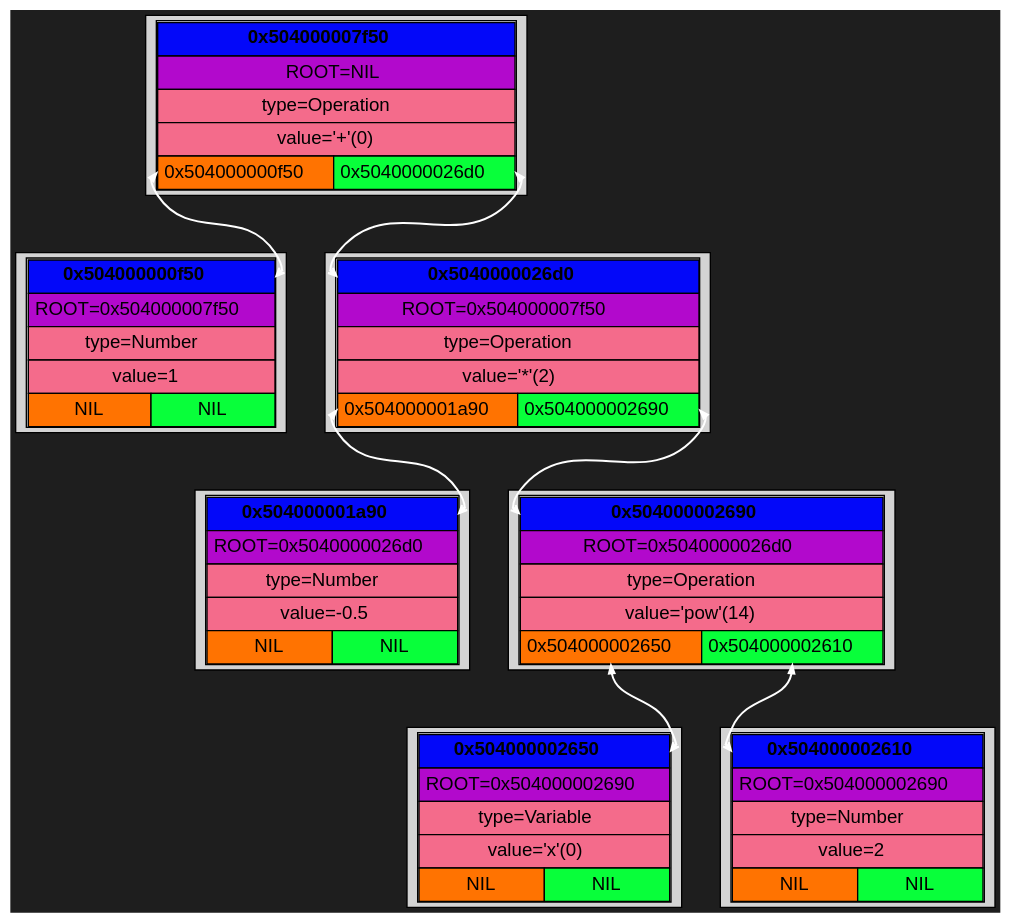
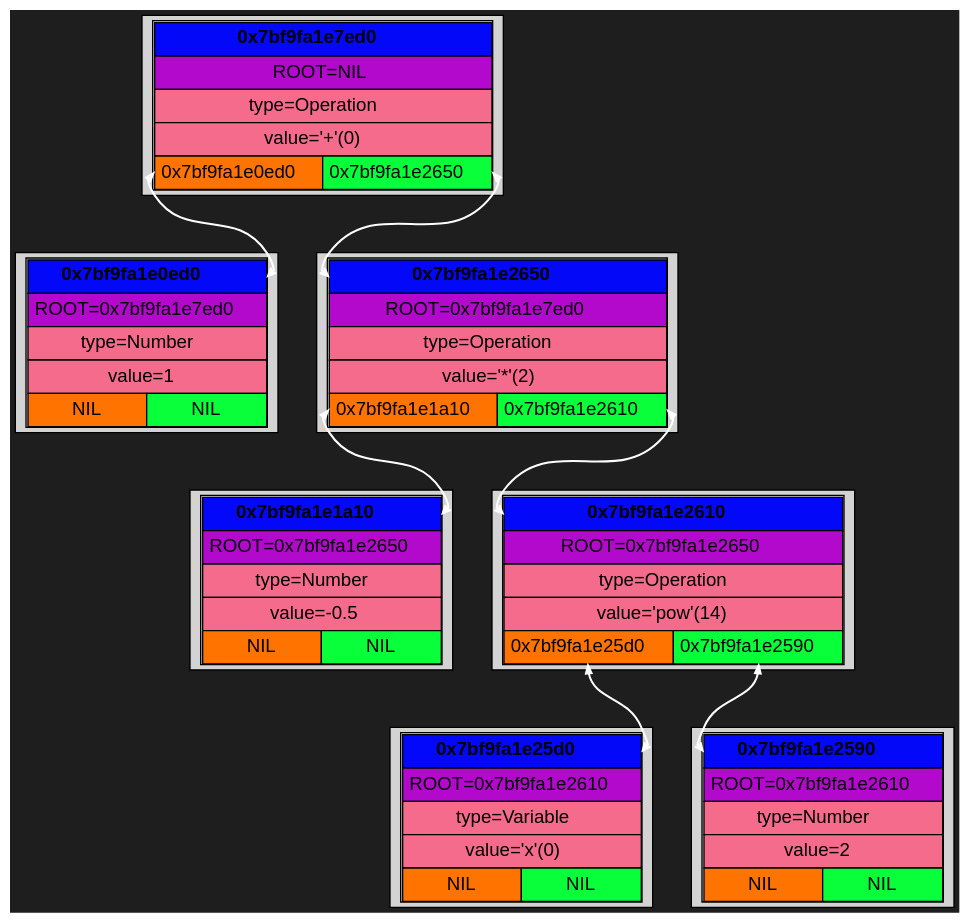
The diagram in Dump/BinTree/graph.dot (Kabuto-Mainer/Diff), drawn with Graphviz before and after one commit. The commit also changed 18 other files, not shown here.

```diff
--- a/Dump/BinTree/graph.dot
+++ b/Dump/BinTree/graph.dot
@@ -1,100 +1,100 @@
 digraph {
   rankdir=UD;
   bgcolor="#1e1e1e"
   nodesep=0.4;
   ranksep=0.6;
   node [shape=plaintext, style=filled, fontname="Helvetica"];
   edge [arrowhead=vee, arrowsize=0.6, penwidth=1.2];
 
-block_0x504000000f50 [shape=box, label=<
+block_0x7bf9fa1e0ed0 [shape=box, label=<
 <TABLE CELLSPACING="0" CELLPADDING="4">
-<TR><TD PORT="root" BGCOLOR="#0308f9ff" COLSPAN="2"><B>0x504000000f50</B></TD></TR>
-<TR><TD BGCOLOR="#b209ccff" COLSPAN="2">ROOT=0x504000007f50</TD></TR>
+<TR><TD PORT="root" BGCOLOR="#0308f9ff" COLSPAN="2"><B>0x7bf9fa1e0ed0</B></TD></TR>
+<TR><TD BGCOLOR="#b209ccff" COLSPAN="2">ROOT=0x7bf9fa1e7ed0</TD></TR>
 <TR><TD BGCOLOR="#f46b8bff" COLSPAN="2">type=Number</TD></TR>
 <TR><TD BGCOLOR="#f46b8bff" COLSPAN="2">value=1</TD></TR>
 <TR>
 <TD PORT="left" BGCOLOR="#ff7301ff">NIL</TD>
 <TD PORT="right" BGCOLOR="#08ff3aff">NIL</TD>
 </TR>
 </TABLE> >];
 
-block_0x504000001a90 [shape=box, label=<
+block_0x7bf9fa1e1a10 [shape=box, label=<
 <TABLE CELLSPACING="0" CELLPADDING="4">
-<TR><TD PORT="root" BGCOLOR="#0308f9ff" COLSPAN="2"><B>0x504000001a90</B></TD></TR>
-<TR><TD BGCOLOR="#b209ccff" COLSPAN="2">ROOT=0x5040000026d0</TD></TR>
+<TR><TD PORT="root" BGCOLOR="#0308f9ff" COLSPAN="2"><B>0x7bf9fa1e1a10</B></TD></TR>
+<TR><TD BGCOLOR="#b209ccff" COLSPAN="2">ROOT=0x7bf9fa1e2650</TD></TR>
 <TR><TD BGCOLOR="#f46b8bff" COLSPAN="2">type=Number</TD></TR>
 <TR><TD BGCOLOR="#f46b8bff" COLSPAN="2">value=-0.5</TD></TR>
 <TR>
 <TD PORT="left" BGCOLOR="#ff7301ff">NIL</TD>
 <TD PORT="right" BGCOLOR="#08ff3aff">NIL</TD>
 </TR>
 </TABLE> >];
 
-block_0x504000002650 [shape=box, label=<
+block_0x7bf9fa1e25d0 [shape=box, label=<
 <TABLE CELLSPACING="0" CELLPADDING="4">
-<TR><TD PORT="root" BGCOLOR="#0308f9ff" COLSPAN="2"><B>0x504000002650</B></TD></TR>
-<TR><TD BGCOLOR="#b209ccff" COLSPAN="2">ROOT=0x504000002690</TD></TR>
+<TR><TD PORT="root" BGCOLOR="#0308f9ff" COLSPAN="2"><B>0x7bf9fa1e25d0</B></TD></TR>
+<TR><TD BGCOLOR="#b209ccff" COLSPAN="2">ROOT=0x7bf9fa1e2610</TD></TR>
 <TR><TD BGCOLOR="#f46b8bff" COLSPAN="2">type=Variable</TD></TR>
 <TR><TD BGCOLOR="#f46b8bff" COLSPAN="2">value='x'(0)</TD></TR>
 <TR>
 <TD PORT="left" BGCOLOR="#ff7301ff">NIL</TD>
 <TD PORT="right" BGCOLOR="#08ff3aff">NIL</TD>
 </TR>
 </TABLE> >];
 
-block_0x504000002610 [shape=box, label=<
+block_0x7bf9fa1e2590 [shape=box, label=<
 <TABLE CELLSPACING="0" CELLPADDING="4">
-<TR><TD PORT="root" BGCOLOR="#0308f9ff" COLSPAN="2"><B>0x504000002610</B></TD></TR>
-<TR><TD BGCOLOR="#b209ccff" COLSPAN="2">ROOT=0x504000002690</TD></TR>
+<TR><TD PORT="root" BGCOLOR="#0308f9ff" COLSPAN="2"><B>0x7bf9fa1e2590</B></TD></TR>
+<TR><TD BGCOLOR="#b209ccff" COLSPAN="2">ROOT=0x7bf9fa1e2610</TD></TR>
 <TR><TD BGCOLOR="#f46b8bff" COLSPAN="2">type=Number</TD></TR>
 <TR><TD BGCOLOR="#f46b8bff" COLSPAN="2">value=2</TD></TR>
 <TR>
 <TD PORT="left" BGCOLOR="#ff7301ff">NIL</TD>
 <TD PORT="right" BGCOLOR="#08ff3aff">NIL</TD>
 </TR>
 </TABLE> >];
 
-block_0x504000002690 [shape=box, label=<
+block_0x7bf9fa1e2610 [shape=box, label=<
 <TABLE CELLSPACING="0" CELLPADDING="4">
-<TR><TD PORT="root" BGCOLOR="#0308f9ff" COLSPAN="2"><B>0x504000002690</B></TD></TR>
-<TR><TD BGCOLOR="#b209ccff" COLSPAN="2">ROOT=0x5040000026d0</TD></TR>
+<TR><TD PORT="root" BGCOLOR="#0308f9ff" COLSPAN="2"><B>0x7bf9fa1e2610</B></TD></TR>
+<TR><TD BGCOLOR="#b209ccff" COLSPAN="2">ROOT=0x7bf9fa1e2650</TD></TR>
 <TR><TD BGCOLOR="#f46b8bff" COLSPAN="2">type=Operation</TD></TR>
 <TR><TD BGCOLOR="#f46b8bff" COLSPAN="2">value='pow'(14)</TD></TR>
 <TR>
-<TD PORT="left" BGCOLOR="#ff7301ff">0x504000002650</TD>
-<TD PORT="right" BGCOLOR="#08ff3aff">0x504000002610</TD>
+<TD PORT="left" BGCOLOR="#ff7301ff">0x7bf9fa1e25d0</TD>
+<TD PORT="right" BGCOLOR="#08ff3aff">0x7bf9fa1e2590</TD>
 </TR>
 </TABLE> >];
 
-block_0x5040000026d0 [shape=box, label=<
+block_0x7bf9fa1e2650 [shape=box, label=<
 <TABLE CELLSPACING="0" CELLPADDING="4">
-<TR><TD PORT="root" BGCOLOR="#0308f9ff" COLSPAN="2"><B>0x5040000026d0</B></TD></TR>
-<TR><TD BGCOLOR="#b209ccff" COLSPAN="2">ROOT=0x504000007f50</TD></TR>
+<TR><TD PORT="root" BGCOLOR="#0308f9ff" COLSPAN="2"><B>0x7bf9fa1e2650</B></TD></TR>
+<TR><TD BGCOLOR="#b209ccff" COLSPAN="2">ROOT=0x7bf9fa1e7ed0</TD></TR>
 <TR><TD BGCOLOR="#f46b8bff" COLSPAN="2">type=Operation</TD></TR>
 <TR><TD BGCOLOR="#f46b8bff" COLSPAN="2">value='*'(2)</TD></TR>
 <TR>
-<TD PORT="left" BGCOLOR="#ff7301ff">0x504000001a90</TD>
-<TD PORT="right" BGCOLOR="#08ff3aff">0x504000002690</TD>
+<TD PORT="left" BGCOLOR="#ff7301ff">0x7bf9fa1e1a10</TD>
+<TD PORT="right" BGCOLOR="#08ff3aff">0x7bf9fa1e2610</TD>
 </TR>
 </TABLE> >];
 
-block_0x504000007f50 [shape=box, label=<
+block_0x7bf9fa1e7ed0 [shape=box, label=<
 <TABLE CELLSPACING="0" CELLPADDING="4">
-<TR><TD PORT="root" BGCOLOR="#0308f9ff" COLSPAN="2"><B>0x504000007f50</B></TD></TR>
+<TR><TD PORT="root" BGCOLOR="#0308f9ff" COLSPAN="2"><B>0x7bf9fa1e7ed0</B></TD></TR>
 <TR><TD BGCOLOR="#b209ccff" COLSPAN="2">ROOT=NIL</TD></TR>
 <TR><TD BGCOLOR="#f46b8bff" COLSPAN="2">type=Operation</TD></TR>
 <TR><TD BGCOLOR="#f46b8bff" COLSPAN="2">value='+'(0)</TD></TR>
 <TR>
-<TD PORT="left" BGCOLOR="#ff7301ff">0x504000000f50</TD>
-<TD PORT="right" BGCOLOR="#08ff3aff">0x5040000026d0</TD>
+<TD PORT="left" BGCOLOR="#ff7301ff">0x7bf9fa1e0ed0</TD>
+<TD PORT="right" BGCOLOR="#08ff3aff">0x7bf9fa1e2650</TD>
 </TR>
 </TABLE> >];
 
-block_0x504000002690:right -> block_0x504000002610:root [color="#fefefeff", penwidth = 1.5, arrowsize = 0.6, constraint = true, dir = both];
-block_0x504000002690:left -> block_0x504000002650:root [color="#ffffffff", penwidth = 1.5, arrowsize = 0.6, constraint = true, dir = both];
-block_0x5040000026d0:right -> block_0x504000002690:root [color="#fefefeff", penwidth = 1.5, arrowsize = 0.6, constraint = true, dir = both];
-block_0x5040000026d0:left -> block_0x504000001a90:root [color="#ffffffff", penwidth = 1.5, arrowsize = 0.6, constraint = true, dir = both];
-block_0x504000007f50:right -> block_0x5040000026d0:root [color="#fefefeff", penwidth = 1.5, arrowsize = 0.6, constraint = true, dir = both];
-block_0x504000007f50:left -> block_0x504000000f50:root [color="#ffffffff", penwidth = 1.5, arrowsize = 0.6, constraint = true, dir = both];
+block_0x7bf9fa1e2610:right -> block_0x7bf9fa1e2590:root [color="#fefefeff", penwidth = 1.5, arrowsize = 0.6, constraint = true, dir = both];
+block_0x7bf9fa1e2610:left -> block_0x7bf9fa1e25d0:root [color="#ffffffff", penwidth = 1.5, arrowsize = 0.6, constraint = true, dir = both];
+block_0x7bf9fa1e2650:right -> block_0x7bf9fa1e2610:root [color="#fefefeff", penwidth = 1.5, arrowsize = 0.6, constraint = true, dir = both];
+block_0x7bf9fa1e2650:left -> block_0x7bf9fa1e1a10:root [color="#ffffffff", penwidth = 1.5, arrowsize = 0.6, constraint = true, dir = both];
+block_0x7bf9fa1e7ed0:right -> block_0x7bf9fa1e2650:root [color="#fefefeff", penwidth = 1.5, arrowsize = 0.6, constraint = true, dir = both];
+block_0x7bf9fa1e7ed0:left -> block_0x7bf9fa1e0ed0:root [color="#ffffffff", penwidth = 1.5, arrowsize = 0.6, constraint = true, dir = both];
 
 }
```
